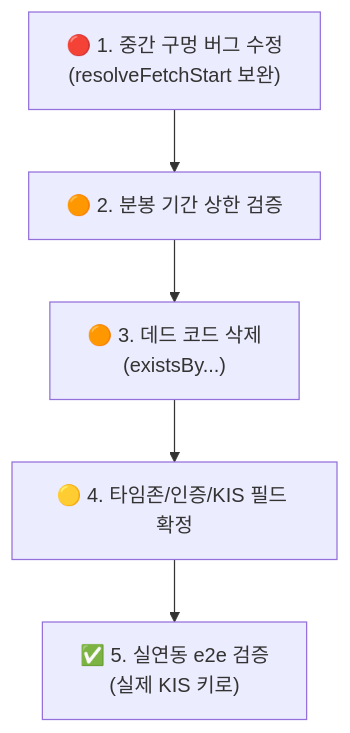
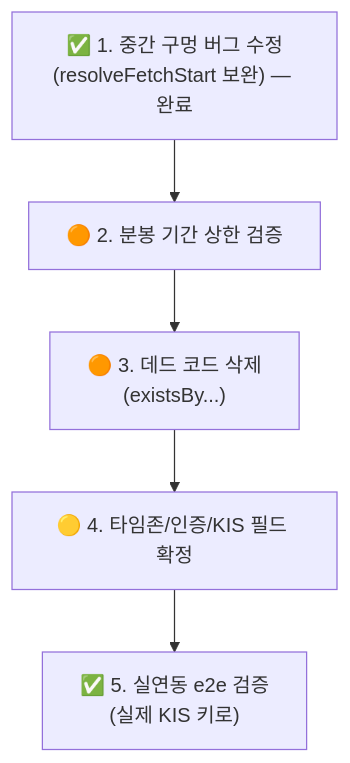
One commit to Ekko0701/Tumo-Backend changed the ninth of 9 diagrams in docs/stock-candle-chart-review.md. Above: the diagram before and after it, drawn with Mermaid. The commit also changed other lines of this file and 3 other files, not shown here.

````diff
--- a/docs/stock-candle-chart-review.md
+++ b/docs/stock-candle-chart-review.md
@@ -228,7 +238,7 @@
 ```mermaid
 flowchart TD
-    P1["🔴 1. 중간 구멍 버그 수정<br/>(resolveFetchStart 보완)"] --> P2["🟠 2. 분봉 기간 상한 검증"]
+    P1["✅ 1. 중간 구멍 버그 수정<br/>(resolveFetchStart 보완) — 완료"] --> P2["🟠 2. 분봉 기간 상한 검증"]
     P2 --> P3["🟠 3. 데드 코드 삭제<br/>(existsBy...)"]
     P3 --> P4["🟡 4. 타임존/인증/KIS 필드 확정"]
     P4 --> P5["✅ 5. 실연동 e2e 검증<br/>(실제 KIS 키로)"]
 ```
````
